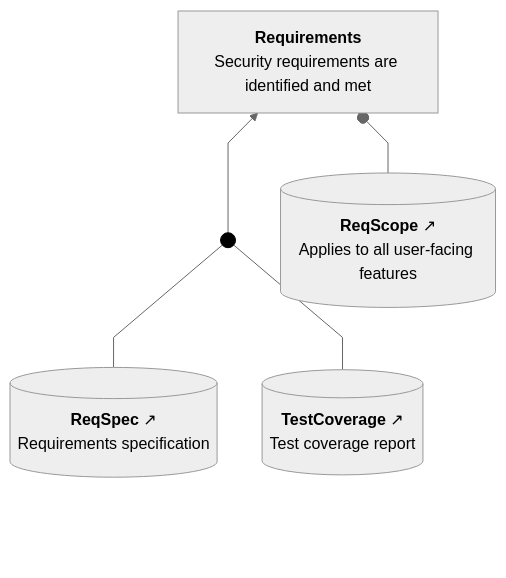
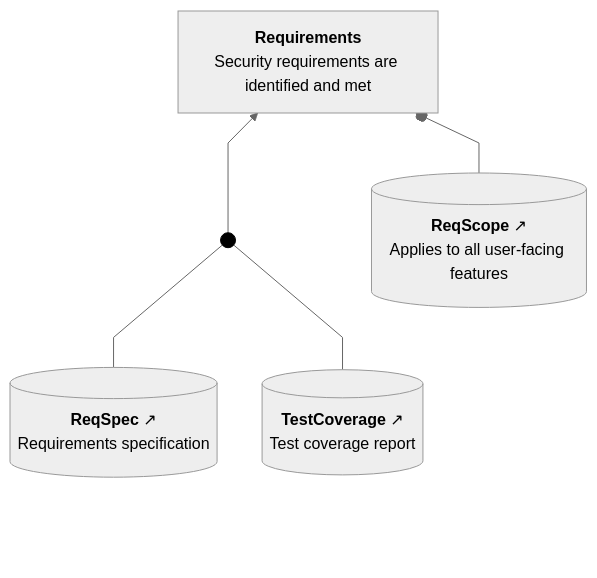
The second of 3 diagrams in tests/fixtures/badgeapp-doc-output.expected.md (david-a-wheeler/caseproc), drawn with Mermaid before and after one commit. The commit also changed other lines of this file and 6 other files, not shown here.

Commit message:
Fix bottom padding of SACM mermaid diagrams

````diff
--- a/tests/fixtures/badgeapp-doc-output.expected.md
+++ b/tests/fixtures/badgeapp-doc-output.expected.md
@@ -67,32 +75,34 @@
 ```mermaid
 ---
 config:
   theme: neutral
   flowchart:
     curve: linear
     htmlLabels: true
     rankSpacing: 60
     nodeSpacing: 45
     padding: 15
 ---
 flowchart BT
     classDef invisible opacity:0
     classDef sacmDot fill:#000,stroke:#000
     classDef connector fill:none,stroke:#cccccc,stroke-width:1px;
     classDef abstractClaim stroke-width:2px,stroke-dasharray: 5 5;
     Requirements["<b>Requirements</b><br>Security requirements are identified and met"]
     ReqSpec[("<b>ReqSpec</b>&nbsp;↗<br>Requirements specification")]
     TestCoverage[("<b>TestCoverage</b>&nbsp;↗<br>Test coverage report")]
     ReqScope[("<b>ReqScope</b>&nbsp;↗<br>Applies to all user-facing features")]
     Dot1((" ")):::sacmDot
     click Requirements "https://github.com/david-a-wheeler/verocase/blob/main/tests/fixtures/badgeapp-doc-output.expected.md#claim-requirements"
     click ReqSpec "https://github.com/david-a-wheeler/verocase/blob/main/tests/fixtures/badgeapp-doc-output.expected.md#evidence-reqspec"
     click TestCoverage "https://github.com/david-a-wheeler/verocase/blob/main/tests/fixtures/badgeapp-doc-output.expected.md#evidence-testcoverage"
     click ReqScope "https://github.com/david-a-wheeler/verocase/blob/main/tests/fixtures/badgeapp-doc-output.expected.md#context-reqscope"
 
     BottomPadding[ ]:::invisible ~~~ ReqSpec
+    BottomPadding ~~~ TestCoverage
+    BottomPadding ~~~ ReqScope
     ReqSpec --- Dot1
     TestCoverage --- Dot1
     Dot1 --> Requirements
     ReqScope --o Requirements
 ```
````
